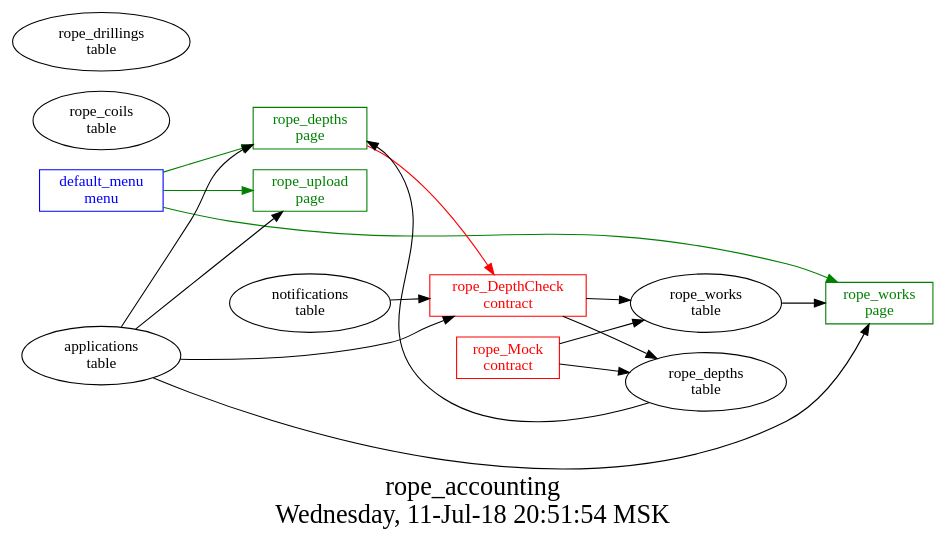
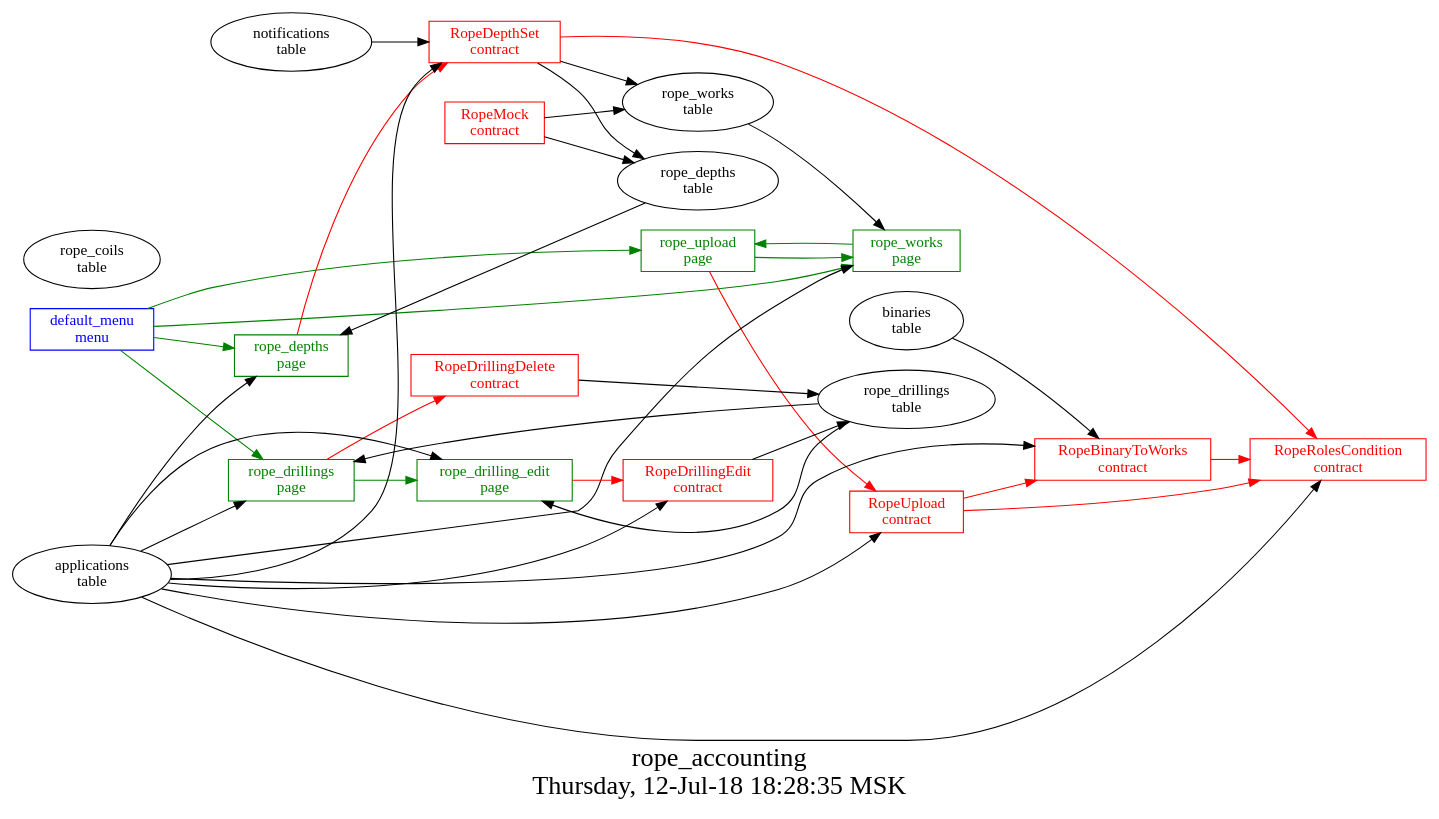
Before and after one commit to AplaProject/apps: the diagram in src/rope_accounting/struct.dot, drawn with Graphviz. The commit also changed 41 other files, not shown here.

```diff
--- a/src/rope_accounting/struct.dot
+++ b/src/rope_accounting/struct.dot
@@ -1,35 +1,63 @@
 digraph G {
 graph [
   fontsize="24";
-  label="rope_accounting\nWednesday, 11-Jul-18 20:51:54 MSK";
+  label="rope_accounting\nThursday, 12-Jul-18 18:28:35 MSK";
   nojustify=true;
   ordering=out;
   rankdir=LR;
   size="30";
 ];
 "default_menu\nmenu" -> "rope_upload\npage"  [ color=green ]
 "default_menu\nmenu" -> "rope_works\npage"  [ color=green ]
 "default_menu\nmenu" -> "rope_depths\npage"  [ color=green ]
+"default_menu\nmenu" -> "rope_drillings\npage"  [ color=green ]
 "default_menu\nmenu" [color=blue, fontcolor=blue, group=menus, shape=record];
-"rope_depths\npage" -> "rope_DepthCheck\ncontract"  [ color=red ]
+"rope_depths\npage" -> "RopeDepthSet\ncontract"  [ color=red ]
 "applications\ntable" -> "rope_depths\npage"
 "rope_depths\ntable" -> "rope_depths\npage"
 "rope_depths\npage" [color=green, fontcolor=green, group=pages, shape=record];
-"applications\ntable" -> "rope_upload\npage"
+"rope_drilling_edit\npage" -> "RopeDrillingEdit\ncontract"  [ color=red ]
+"applications\ntable" -> "rope_drilling_edit\npage"
+"rope_drillings\ntable" -> "rope_drilling_edit\npage"
+"rope_drilling_edit\npage" [color=green, fontcolor=green, group=pages, shape=record];
+"rope_drillings\npage" -> "RopeDrillingDelete\ncontract"  [ color=red ]
+"applications\ntable" -> "rope_drillings\npage"
+"rope_drillings\ntable" -> "rope_drillings\npage"
+"rope_drillings\npage" -> "rope_drilling_edit\npage"  [ color=green ]
+"rope_drillings\npage" [color=green, fontcolor=green, group=pages, shape=record];
+"rope_upload\npage" -> "RopeUpload\ncontract"  [ color=red ]
+"rope_upload\npage" -> "rope_works\npage"  [ color=green ]
 "rope_upload\npage" [color=green, fontcolor=green, group=pages, shape=record];
 "applications\ntable" -> "rope_works\npage"
 "rope_works\ntable" -> "rope_works\npage"
+"rope_works\npage" -> "rope_upload\npage"  [ color=green ]
 "rope_works\npage" [color=green, fontcolor=green, group=pages, shape=record];
-"rope_DepthCheck\ncontract" -> "rope_works\ntable"  [ color="" ]
-"rope_DepthCheck\ncontract" -> "rope_depths\ntable"  [ color="" ]
-"applications\ntable" -> "rope_DepthCheck\ncontract"
-"notifications\ntable" -> "rope_DepthCheck\ncontract"
-"rope_DepthCheck\ncontract" [color=red, fontcolor=red, group=contracts, shape=record];
-"rope_Mock\ncontract" -> "rope_works\ntable"  [ color="" ]
-"rope_Mock\ncontract" -> "rope_depths\ntable"  [ color="" ]
-"rope_Mock\ncontract" [color=red, fontcolor=red, group=contracts, shape=record];
+"RopeBinaryToWorks\ncontract" -> "RopeRolesCondition\ncontract"  [ color=red ]
+"applications\ntable" -> "RopeBinaryToWorks\ncontract"
+"binaries\ntable" -> "RopeBinaryToWorks\ncontract"
+"RopeBinaryToWorks\ncontract" [color=red, fontcolor=red, group=contracts, shape=record];
+"RopeDepthSet\ncontract" -> "RopeRolesCondition\ncontract"  [ color=red ]
+"RopeDepthSet\ncontract" -> "rope_works\ntable"  [ color="" ]
+"RopeDepthSet\ncontract" -> "rope_depths\ntable"  [ color="" ]
+"notifications\ntable" -> "RopeDepthSet\ncontract"
+"applications\ntable" -> "RopeDepthSet\ncontract"
+"RopeDepthSet\ncontract" [color=red, fontcolor=red, group=contracts, shape=record];
+"RopeDrillingDelete\ncontract" -> "rope_drillings\ntable"  [ color="" ]
+"RopeDrillingDelete\ncontract" [color=red, fontcolor=red, group=contracts, shape=record];
+"RopeDrillingEdit\ncontract" -> "rope_drillings\ntable"  [ color="" ]
+"applications\ntable" -> "RopeDrillingEdit\ncontract"
+"RopeDrillingEdit\ncontract" [color=red, fontcolor=red, group=contracts, shape=record];
+"RopeMock\ncontract" -> "rope_works\ntable"  [ color="" ]
+"RopeMock\ncontract" -> "rope_depths\ntable"  [ color="" ]
+"RopeMock\ncontract" [color=red, fontcolor=red, group=contracts, shape=record];
+"applications\ntable" -> "RopeRolesCondition\ncontract"
+"RopeRolesCondition\ncontract" [color=red, fontcolor=red, group=contracts, shape=record];
+"RopeUpload\ncontract" -> "RopeBinaryToWorks\ncontract"  [ color=red ]
+"RopeUpload\ncontract" -> "RopeRolesCondition\ncontract"  [ color=red ]
+"applications\ntable" -> "RopeUpload\ncontract"
+"RopeUpload\ncontract" [color=red, fontcolor=red, group=contracts, shape=record];
 "rope_coils\ntable" [color="", fontcolor="", group=tables, shape=""];
 "rope_depths\ntable" [color="", fontcolor="", group=tables, shape=""];
 "rope_drillings\ntable" [color="", fontcolor="", group=tables, shape=""];
 "rope_works\ntable" [color="", fontcolor="", group=tables, shape=""];
 }
```
